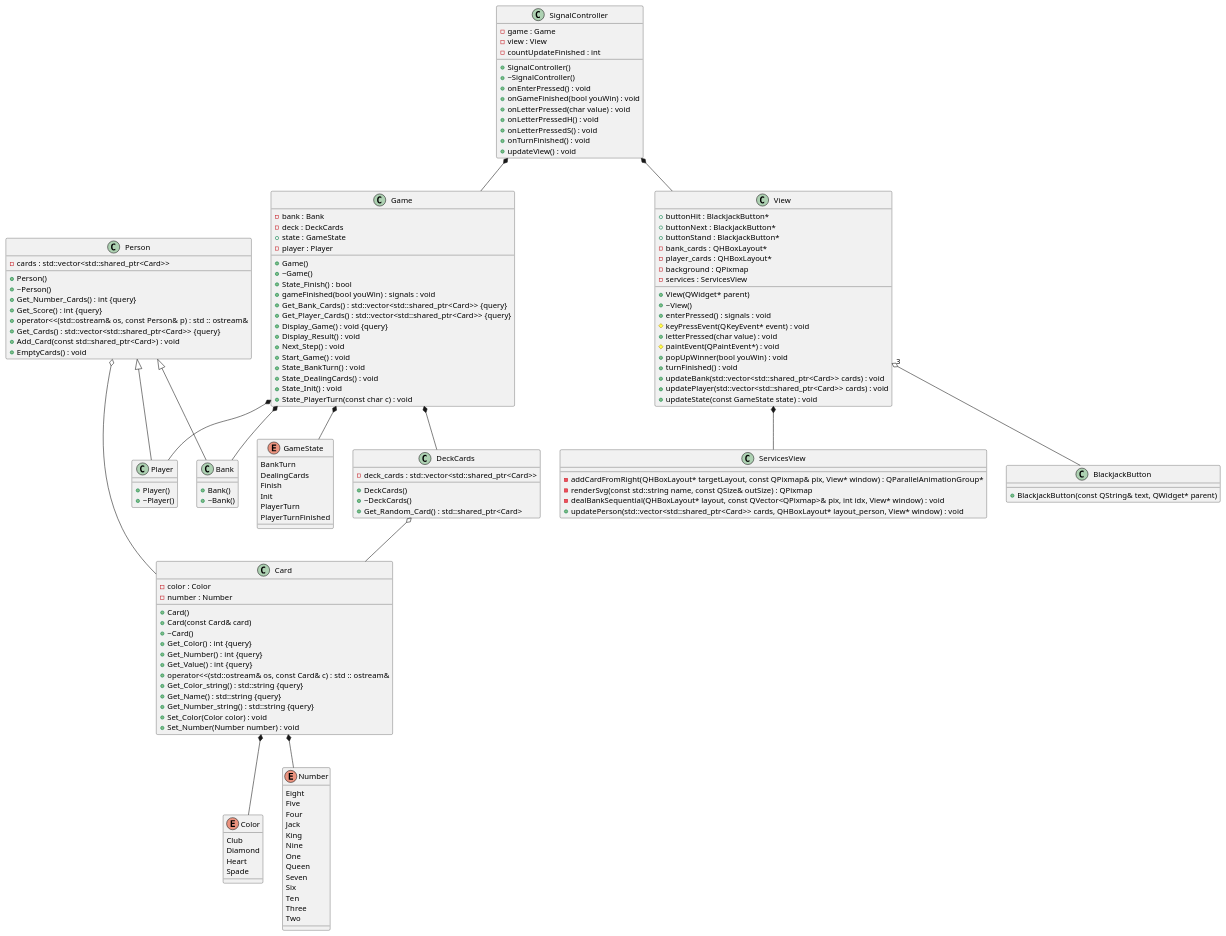
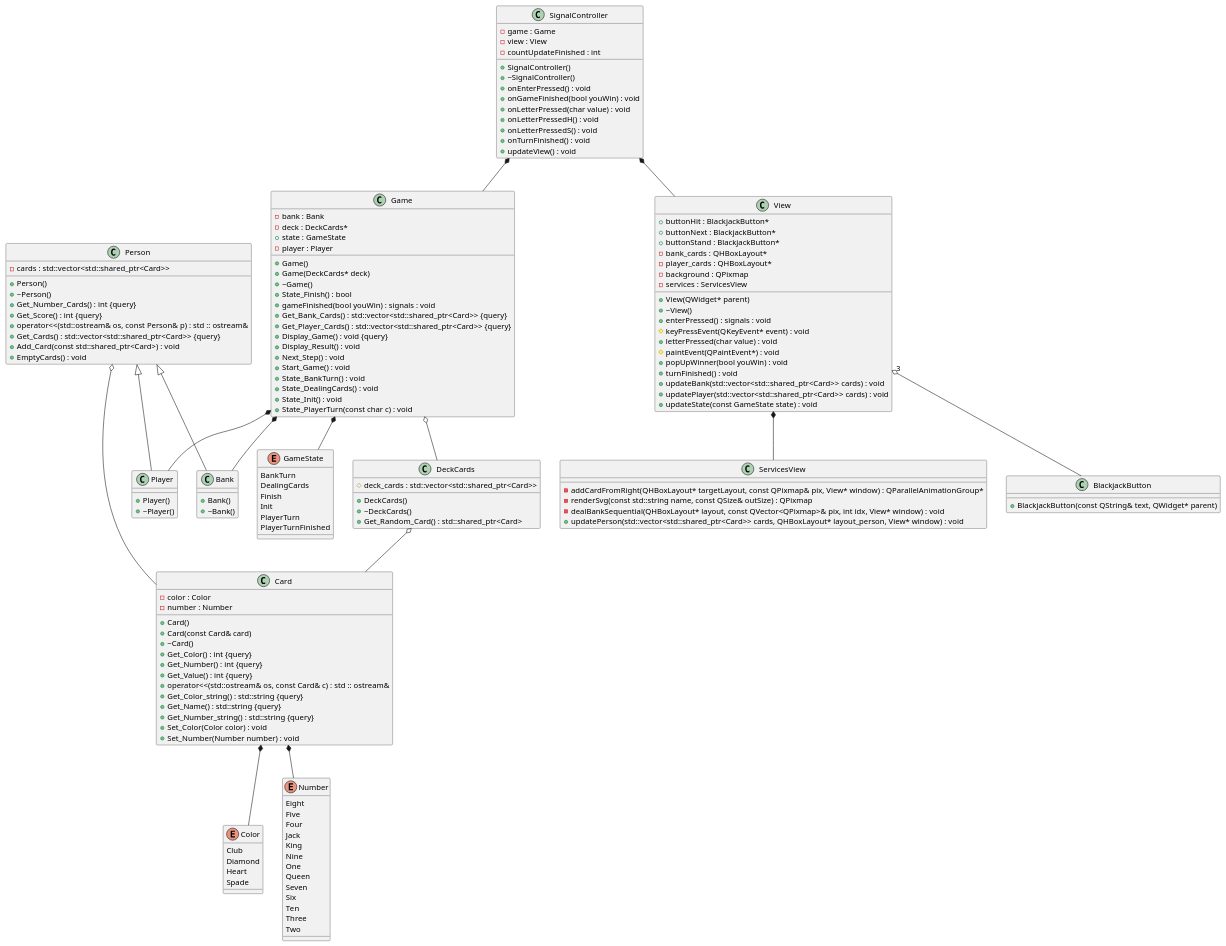
The diagram in doc/classes.puml (Eme1ine/Blackjack), drawn with PlantUML before and after one commit. The commit also changed 5 other files, not shown here.

```diff
--- a/doc/classes.puml
+++ b/doc/classes.puml
@@ -39,15 +39,16 @@
 	+DeckCards()
 	+~DeckCards()
 	+Get_Random_Card() : std::shared_ptr<Card>
-	-deck_cards : std::vector<std::shared_ptr<Card>>
+	#deck_cards : std::vector<std::shared_ptr<Card>>
 }
 
 
 class Game {
 	+Game()
+	+Game(DeckCards* deck)
 	+~Game()
 	-bank : Bank
-	-deck : DeckCards
+	-deck : DeckCards*
 	+state : GameState
 	-player : Player
 	+State_Finish() : bool
@@ -193,7 +194,7 @@
 Game *-- Bank
 
 
-Game *-- DeckCards
+Game o-- DeckCards
 
 
 Game *-- GameState
```
